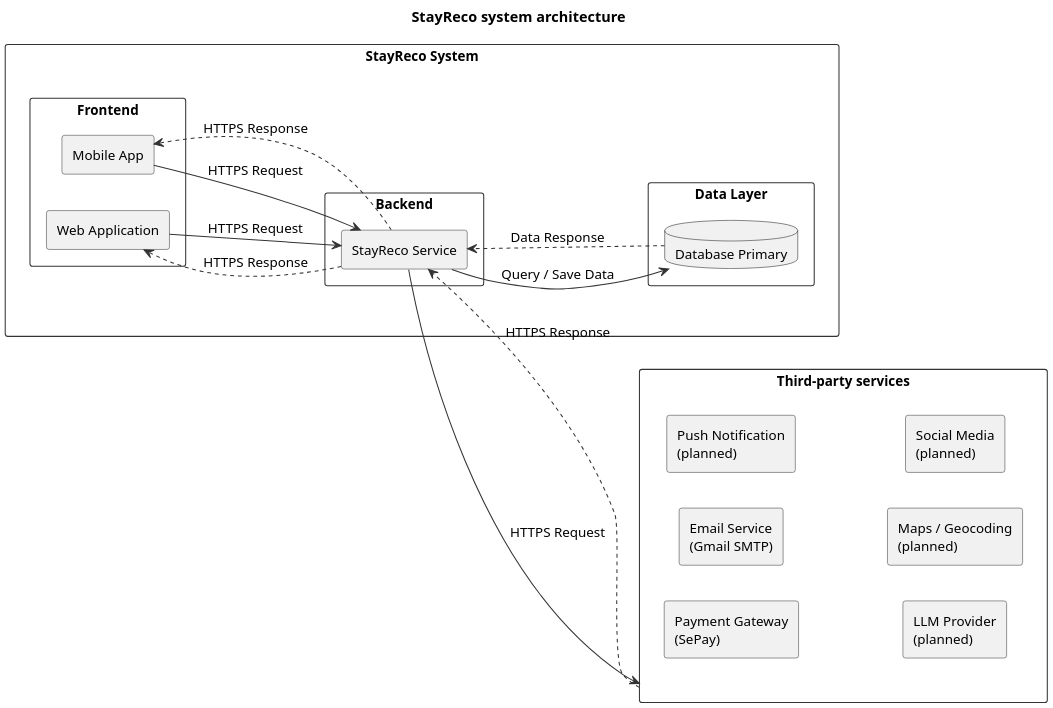
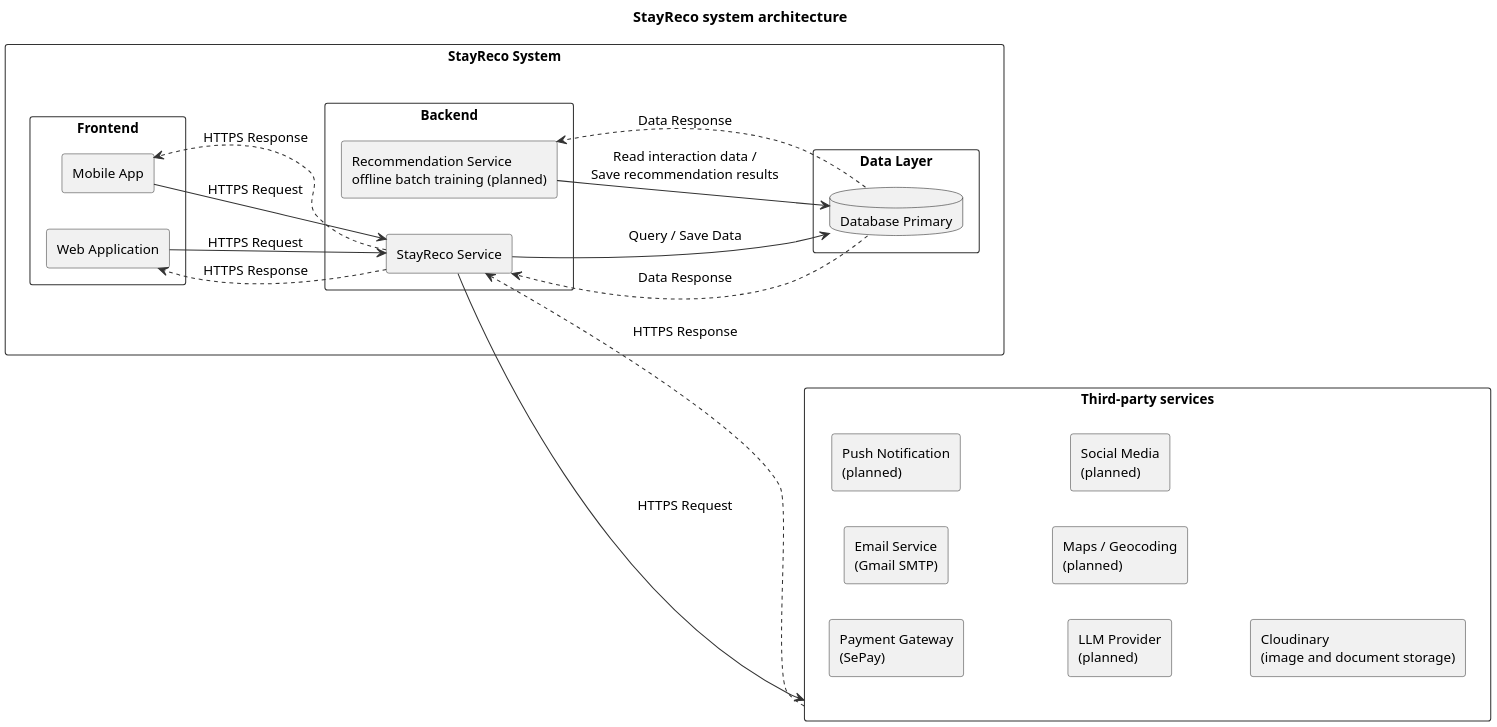
Before and after one commit to KnightChovy/stay-reco: the diagram in docs/diagrams/arch_system_en.puml, drawn with PlantUML.

Commit message:
docs: architecture source adds Cloudinary and the recommendation service
Report 4 Figure 1 now draws Cloudinary among the third-party services and
a planned Recommendation Service (offline batch training) in the back-end
that reads interaction data and saves recommendation results.

```diff
--- a/docs/diagrams/arch_system_en.puml
+++ b/docs/diagrams/arch_system_en.puml
@@ -1,45 +1,49 @@
 @startuml
 ' Source of Report 4, Figure 1 (system architecture). Planned services are listed in Report 4 section 1.1 and 1.2.1.
 skinparam dpi 180
 skinparam shadowing false
 skinparam defaultFontName Helvetica
 skinparam defaultFontSize 13
 skinparam ArrowColor #333333
 skinparam componentStyle rectangle
 skinparam rectangle {
   BorderColor #333333
 }
 title StayReco system architecture
 left to right direction
 
 rectangle "Third-party services" as TP {
   rectangle "Payment Gateway\n(SePay)" as PAY
   rectangle "Email Service\n(Gmail SMTP)" as MAIL
   rectangle "Push Notification\n(planned)" as PUSH
   rectangle "LLM Provider\n(planned)" as LLM
   rectangle "Maps / Geocoding\n(planned)" as MAPS
   rectangle "Social Media\n(planned)" as SOC
+  rectangle "Cloudinary\n(image and document storage)" as CLD
 }
 
 rectangle "StayReco System" as SYS {
   rectangle "Frontend" as FE {
     rectangle "Web Application" as WEB
     rectangle "Mobile App" as MOB
   }
   rectangle "Backend" as BE {
     rectangle "StayReco Service" as SVC
+    rectangle "Recommendation Service\noffline batch training (planned)" as REC
   }
   rectangle "Data Layer" as DL {
     database "Database Primary" as DB
   }
 }
 
 WEB --> SVC : HTTPS Request
 SVC ..> WEB : HTTPS Response
 MOB --> SVC : HTTPS Request
 SVC ..> MOB : HTTPS Response
 SVC --> DB : Query / Save Data
 DB ..> SVC : Data Response
+REC --> DB : Read interaction data /\nSave recommendation results
+DB ..> REC : Data Response
 SVC --> TP : HTTPS Request
 TP ..> SVC : HTTPS Response
 @enduml
```
